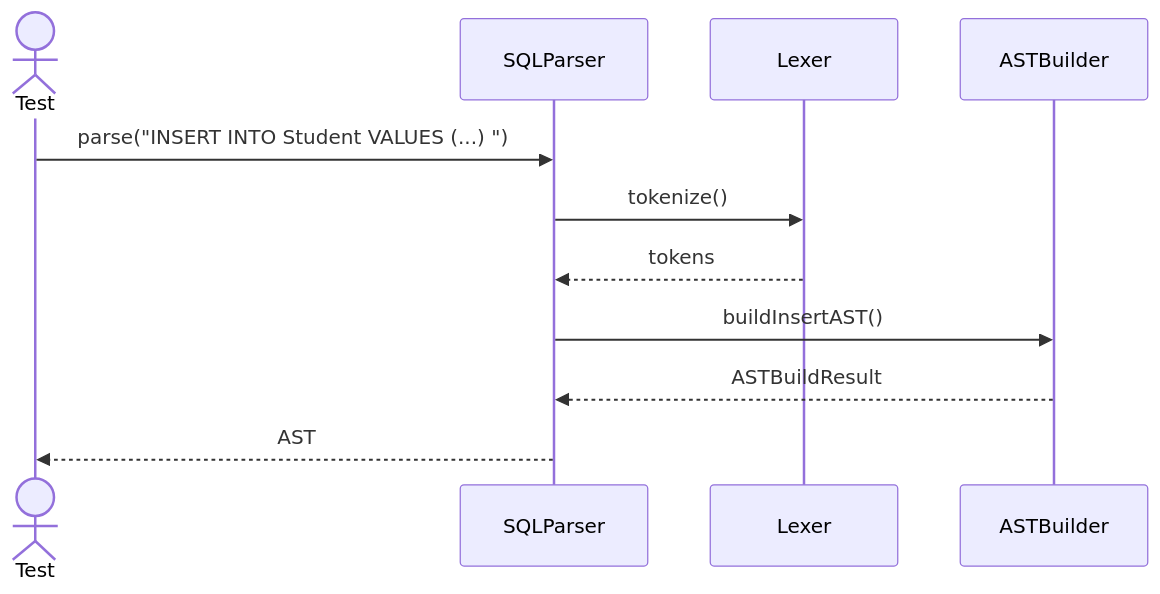
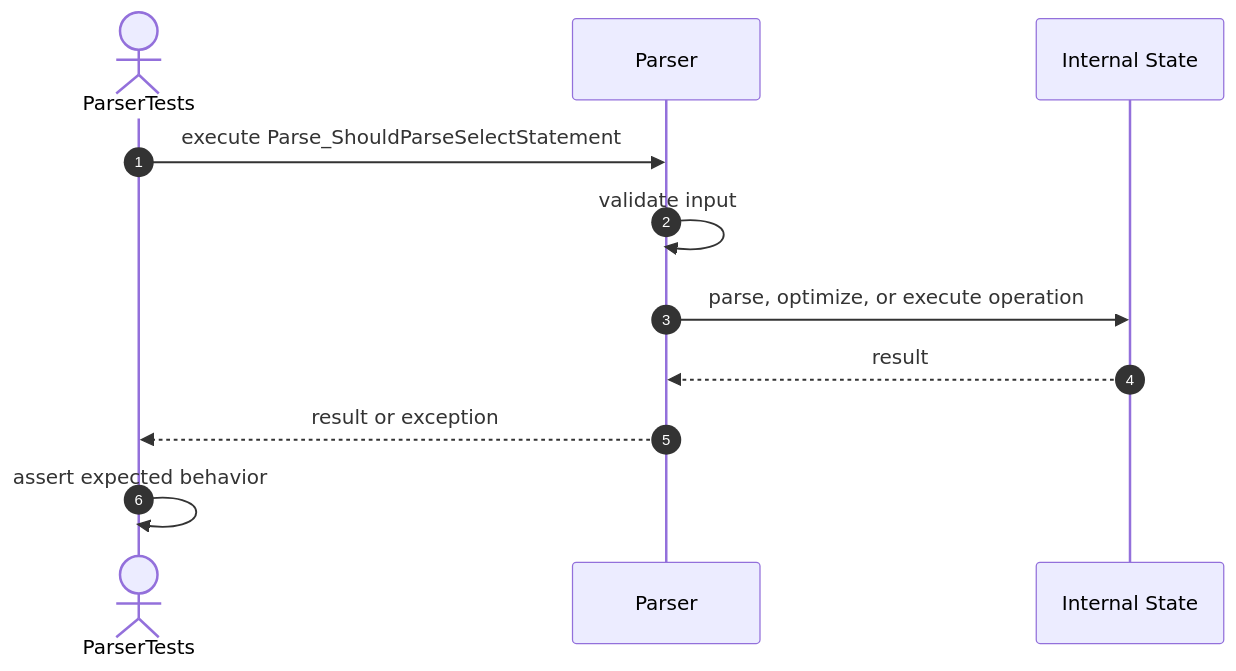
The third of 22 diagrams in src/tests/unit/query/sequences/sql-parser-testing.se.md (FhuAnn/-bbv-AN-s-DBMS), drawn with Mermaid before and after one commit. The commit also changed other lines of this file and 36 other files, not shown here.

````diff
--- a/src/tests/unit/query/sequences/sql-parser-testing.se.md
+++ b/src/tests/unit/query/sequences/sql-parser-testing.se.md
@@ -26,14 +39,14 @@
 ```mermaid
 sequenceDiagram
-actor Test
-participant SQLParser
-participant Lexer
-participant ASTBuilder
+    autonumber
+    actor Test as ParserTests
+    participant Target as Parser
+    participant Internal as Internal State
 
-Test->>SQLParser: parse("INSERT INTO Student VALUES (...) ")
-SQLParser->>Lexer: tokenize()
-Lexer-->>SQLParser: tokens
-SQLParser->>ASTBuilder: buildInsertAST()
-ASTBuilder-->>SQLParser: ASTBuildResult
-SQLParser-->>Test: AST
+    Test->>Target: execute Parse_ShouldParseSelectStatement
+    Target->>Target: validate input
+    Target->>Internal: parse, optimize, or execute operation
+    Internal-->>Target: result
+    Target-->>Test: result or exception
+    Test->>Test: assert expected behavior
 ```
````
